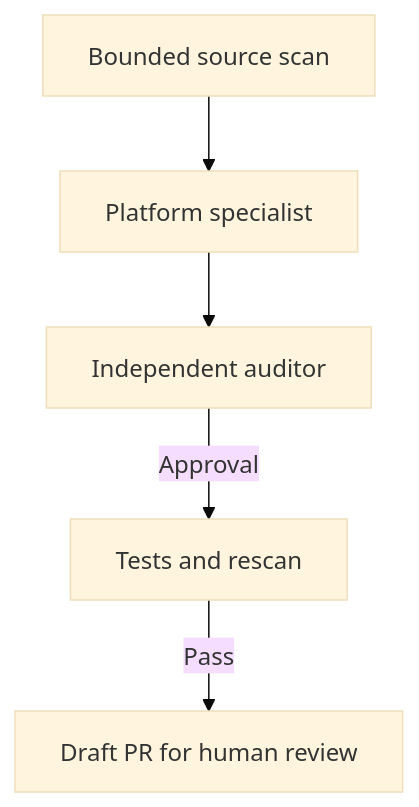
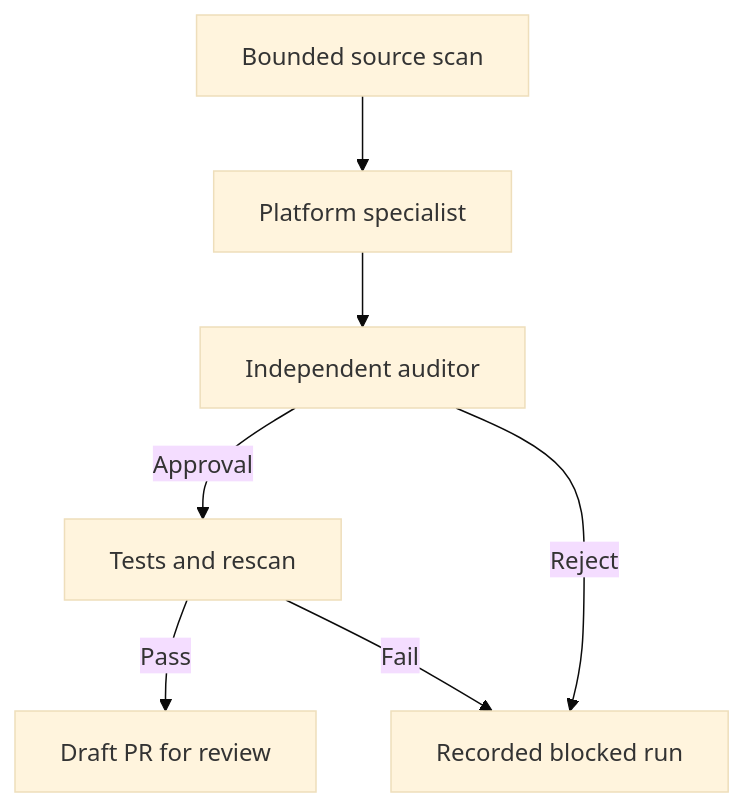
One commit to zaid3/charisma changed the diagram in docs/architecture.md. Above: the diagram before and after it, drawn with Mermaid (base theme). The commit also changed other lines of this file and 20 other files, not shown here.

````diff
--- a/docs/architecture.md
+++ b/docs/architecture.md
@@ -9,7 +7,9 @@
 ```mermaid
 flowchart TD
   A[Bounded source scan] --> B[Platform specialist]
   B --> C[Independent auditor]
   C -->|Approval| D[Tests and rescan]
-  D -->|Pass| E[Draft PR for human review]
+  D -->|Pass| E[Draft PR for review]
+  C -->|Reject| F[Recorded blocked run]
+  D -->|Fail| F
 ```
````
